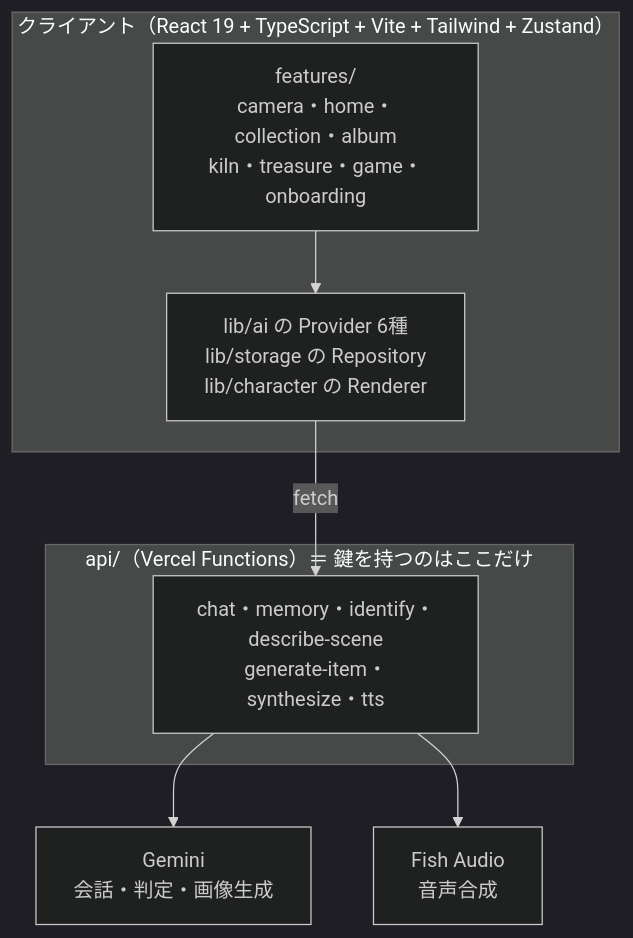
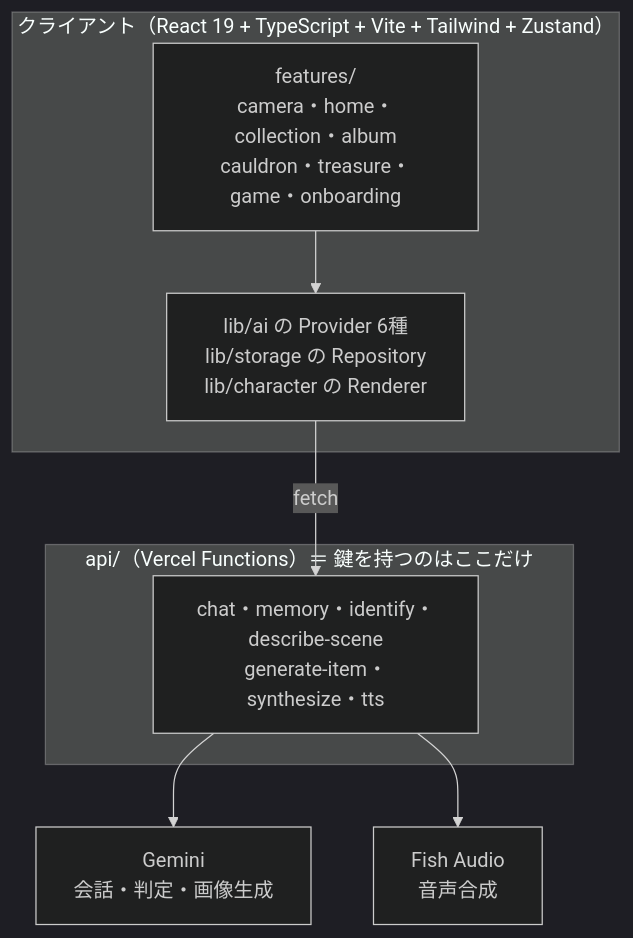
Before and after one commit to ogueki/any-collect: the second of 2 diagrams in README.md, drawn with Mermaid (dark theme). The commit also changed other lines of this file and 26 other files, not shown here.

````diff
--- a/README.md
+++ b/README.md
@@ -36,14 +36,14 @@
 ```mermaid
 graph TD
   subgraph client["クライアント（React 19 + TypeScript + Vite + Tailwind + Zustand）"]
-    UI[features/<br/>camera・home・collection・album<br/>kiln・treasure・game・onboarding]
+    UI[features/<br/>camera・home・collection・album<br/>cauldron・treasure・game・onboarding]
     ABS[lib/ai の Provider 6種<br/>lib/storage の Repository<br/>lib/character の Renderer]
     UI --> ABS
   end
   subgraph api["api/（Vercel Functions）＝ 鍵を持つのはここだけ"]
     H[chat・memory・identify・describe-scene<br/>generate-item・synthesize・tts]
   end
   ABS -->|fetch| H
   H --> G[Gemini<br/>会話・判定・画像生成]
   H --> F[Fish Audio<br/>音声合成]
 ```
````
